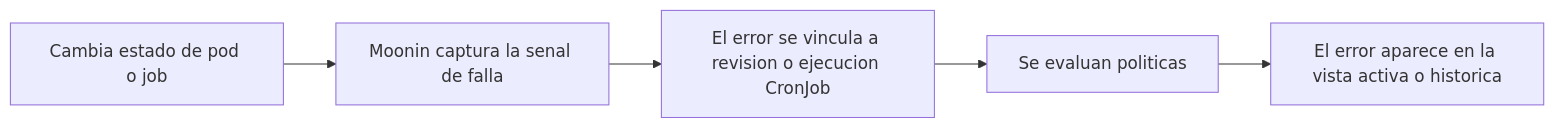
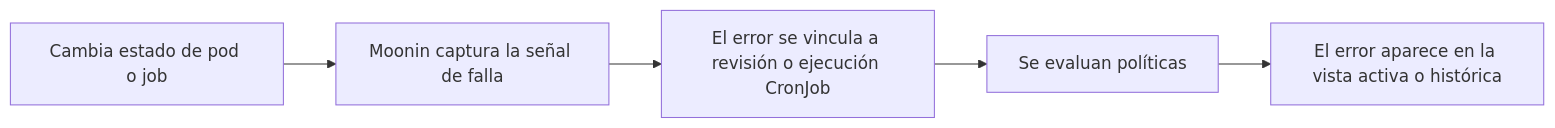
The first of 2 diagrams in src/content/docs/es/incidents/index.md (Moonin-Lab/Moonin-Docs), drawn with Mermaid before and after one commit. The commit also changed other lines of this file and 84 other files, not shown here.

````diff
--- a/src/content/docs/es/incidents/index.md
+++ b/src/content/docs/es/incidents/index.md
@@ -26,10 +26,10 @@
 ```mermaid
 flowchart LR
     A[Cambia estado de pod o job]
-    B[Moonin captura la senal de falla]
-    C[El error se vincula a revision o ejecucion CronJob]
-    D[Se evaluan politicas]
-    E[El error aparece en la vista activa o historica]
+    B[Moonin captura la señal de falla]
+    C[El error se vincula a revisión o ejecución CronJob]
+    D[Se evaluan políticas]
+    E[El error aparece en la vista activa o histórica]
 
     A --> B --> C --> D --> E
 ```
````
